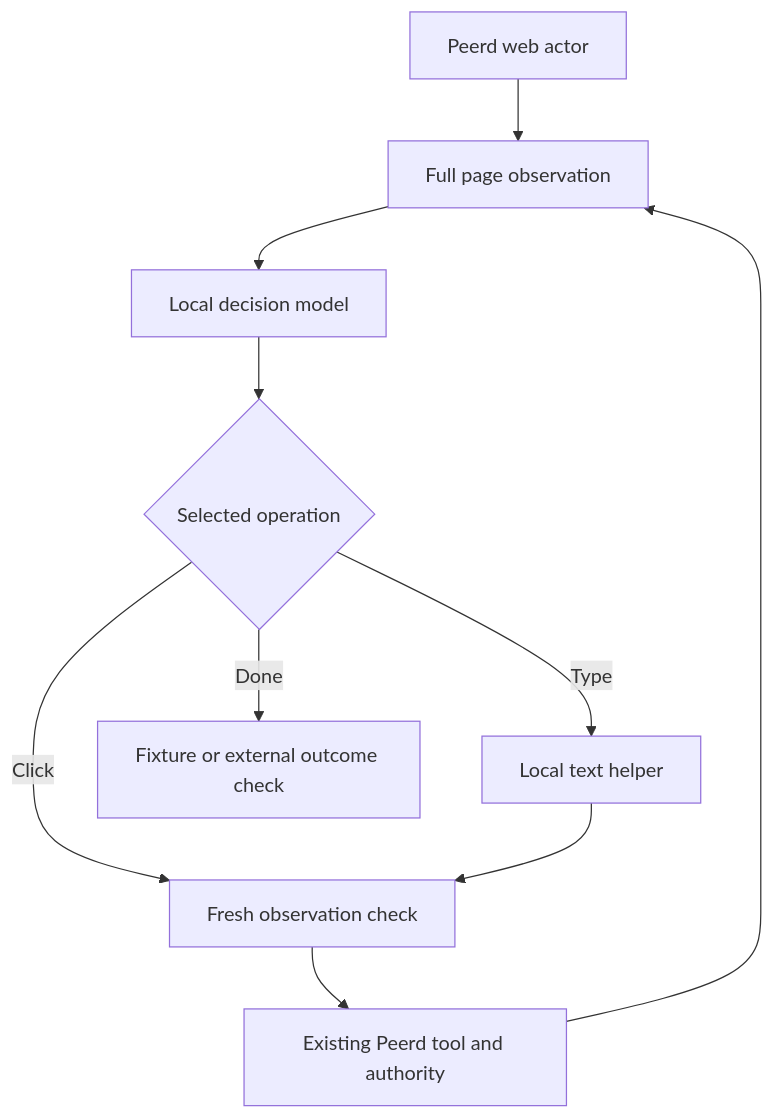
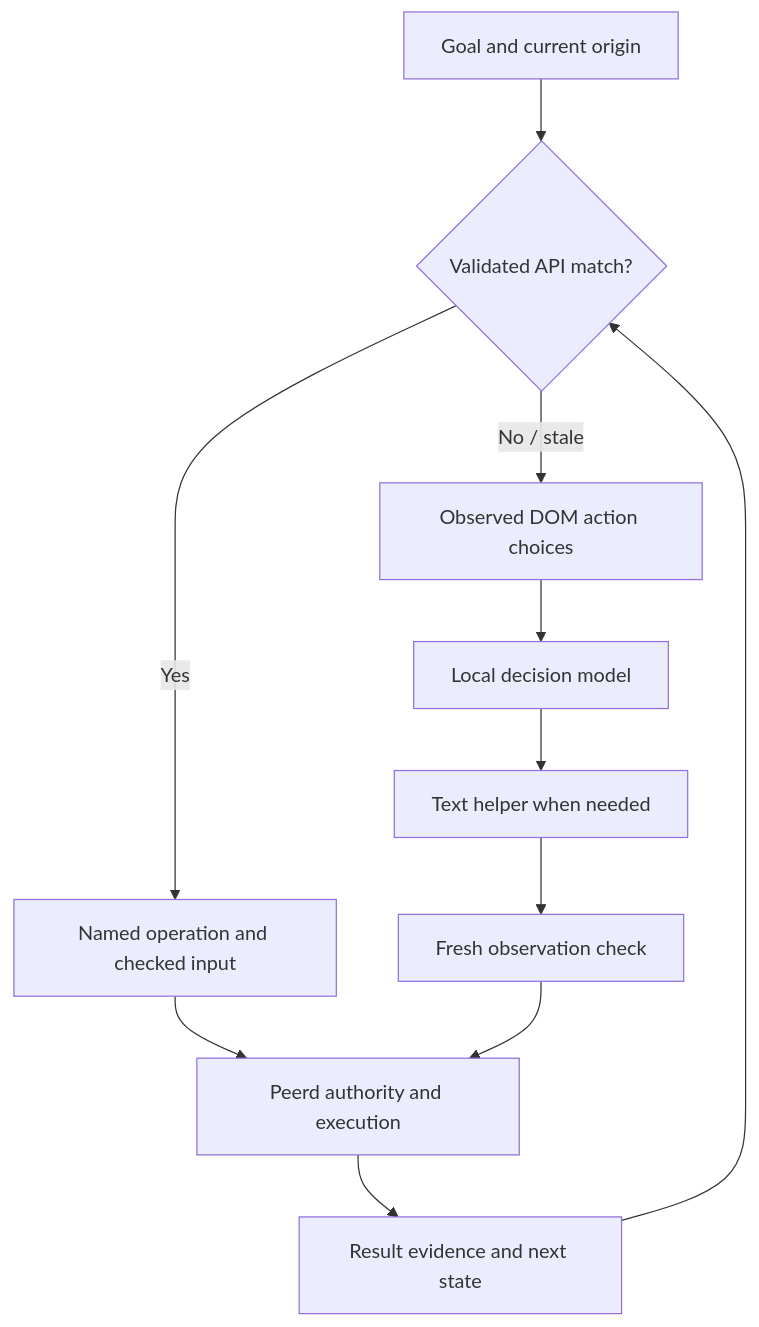
Before and after one commit to NotASithLord/peerd: the diagram in scripts/local-browser/README.md, drawn with Mermaid. The commit also changed other lines of this file and 56 other files, not shown here.

First line of the commit message:
Add validated API reuse to the local browser prototype

````diff
--- a/scripts/local-browser/README.md
+++ b/scripts/local-browser/README.md
@@ -89,12 +157,13 @@
 ```mermaid
 flowchart TD
-  A["Peerd web actor"] --> B["Full page observation"]
-  B --> C["Local decision model"]
-  C --> D{"Selected operation"}
-  D -->|"Type"| E["Local text helper"]
-  D -->|"Click"| F["Fresh observation check"]
-  E --> F
-  F --> G["Existing Peerd tool and authority"]
-  G --> B
-  D -->|"Done"| H["Fixture or external outcome check"]
+  A["Goal and current origin"] --> B{"Validated API match?"}
+  B -->|"Yes"| C["Named operation and checked input"]
+  B -->|"No / stale"| D["Observed DOM action choices"]
+  C --> E["Peerd authority and execution"]
+  D --> F["Local decision model"]
+  F --> G["Text helper when needed"]
+  G --> H["Fresh observation check"]
+  H --> E
+  E --> I["Result evidence and next state"]
+  I --> B
 ```
````
